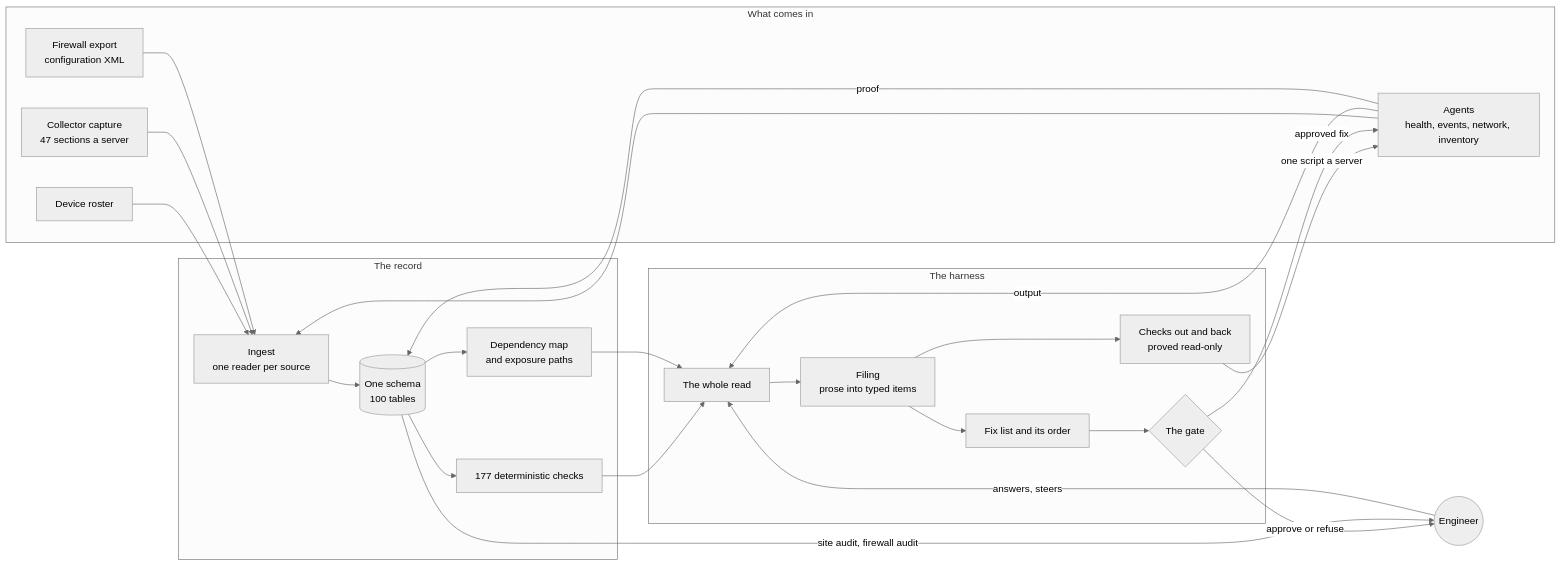
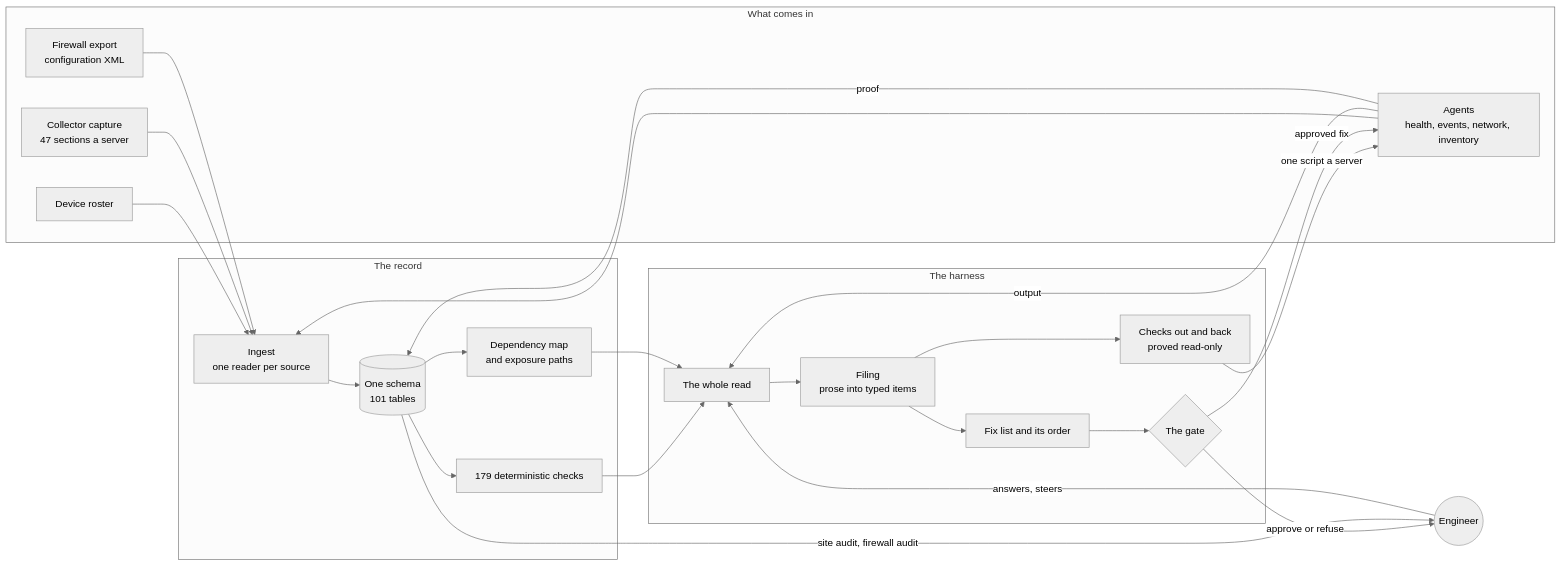
The first of 5 diagrams in CASE_STUDY.md (RyanH-sudo/ninjatoolkit-case-study), drawn with Mermaid (neutral theme) before and after one commit. The commit also changed other lines of this file and 3 other files, not shown here.

````diff
--- a/CASE_STUDY.md
+++ b/CASE_STUDY.md
@@ -159,38 +297,38 @@
 ```mermaid
 flowchart LR
     subgraph IN["What comes in"]
         R["Device roster"]
         C["Collector capture<br/>47 sections a server"]
         X["Firewall export<br/>configuration XML"]
         A["Agents<br/>health, events, network, inventory"]
     end
     subgraph REC["The record"]
         I["Ingest<br/>one reader per source"]
-        DB[("One schema<br/>100 tables")]
-        J["177 deterministic checks"]
+        DB[("One schema<br/>101 tables")]
+        J["179 deterministic checks"]
         M["Dependency map<br/>and exposure paths"]
     end
     subgraph H["The harness"]
         W["The whole read"]
         F["Filing<br/>prose into typed items"]
         K["Checks out and back<br/>proved read-only"]
         L["Fix list and its order"]
         G{"The gate"}
     end
     E(("Engineer"))
     R --> I
     C --> I
     X --> I
     A --> I
     I --> DB --> J --> W
     DB --> M --> W
     W --> F --> K
     K -->|one script a server| A
     A -->|output| W
     F --> L --> G
     G -->|approve or refuse| E
     E -->|answers, steers| W
     G -->|approved fix| A
     A -->|proof| DB
     DB -->|site audit, firewall audit| E
 ```
````
